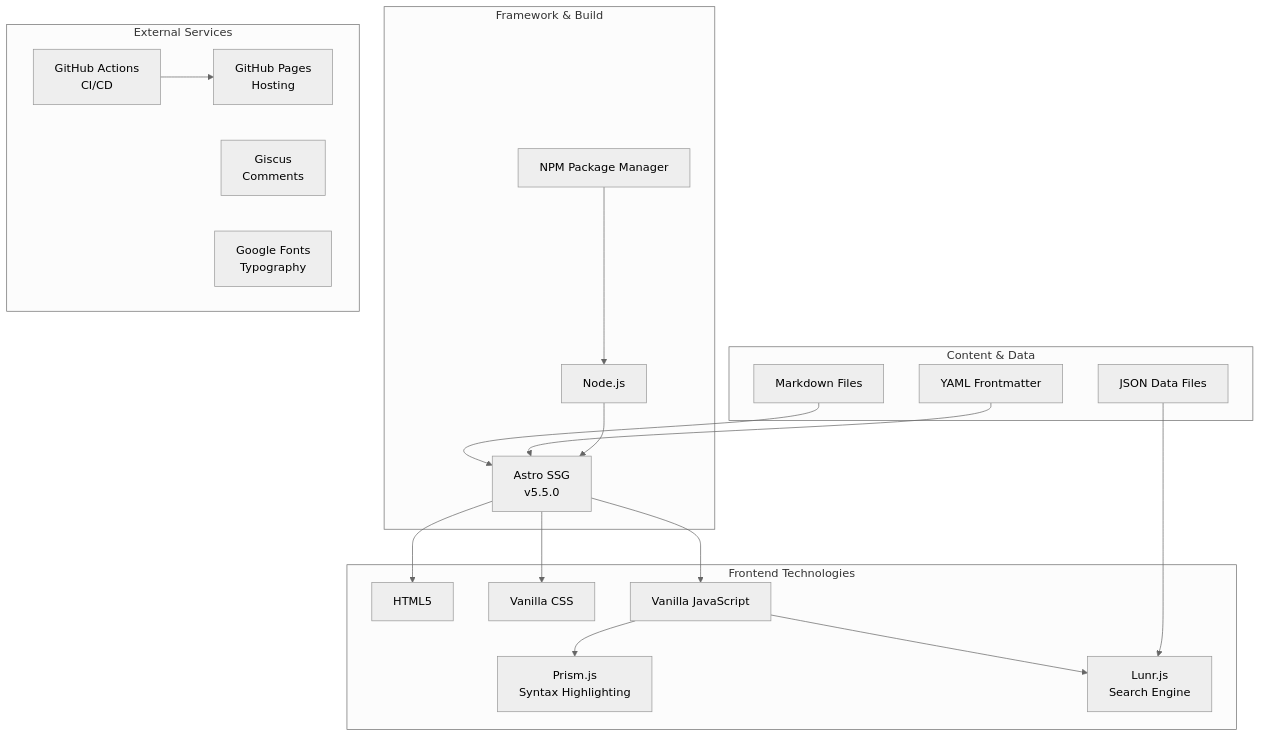
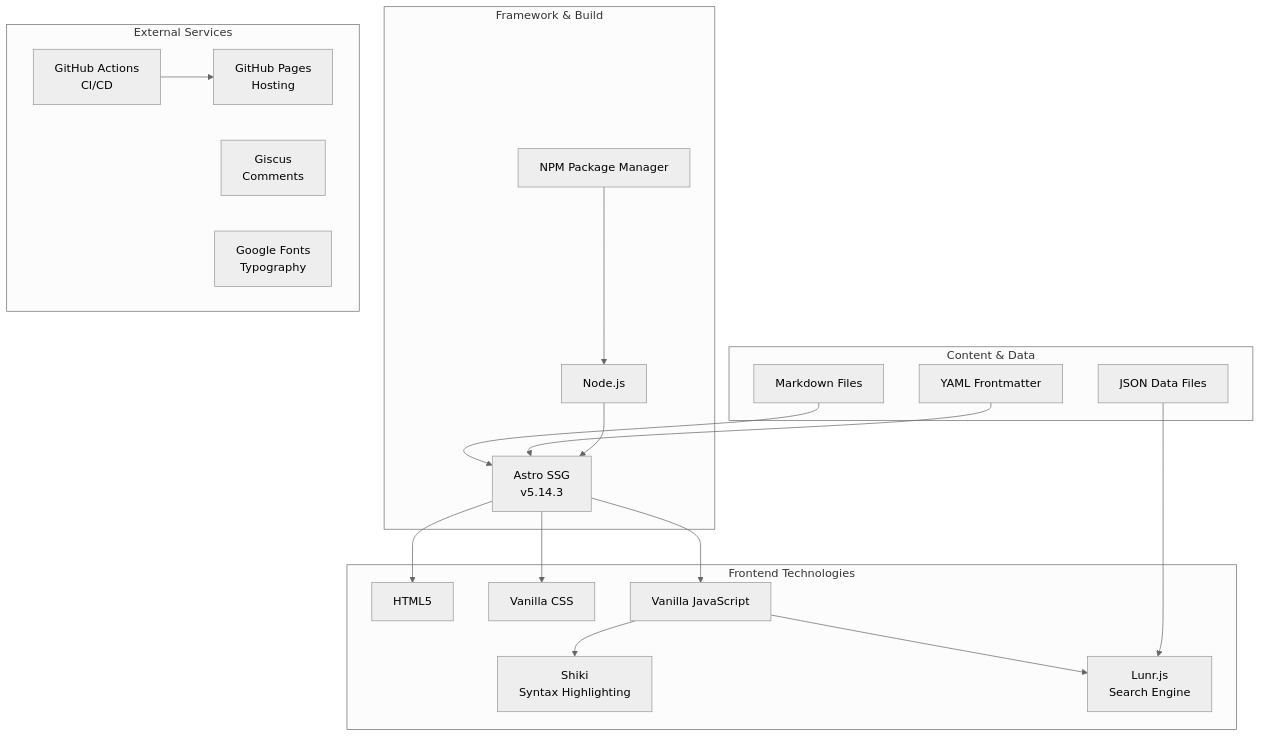
Before and after one commit to ikristina/ikristina.github.io: the second of 9 diagrams in src/pages/blog/blog-architecture-deep-dive.md, drawn with Mermaid (neutral theme). The commit also changed 2 other files, not shown here.

Commit message:
fix: update mermaid diagram styling and correct tech stack info
- Add mermaid diagram styling to match blog's green color scheme
- Fix blog post to show Shiki instead of Prism.js for syntax highlighting
- Update Astro version from 5.5.0 to 5.14.3
- Improve mermaid processing to detect diagrams without language class
- Add .astro/ to .gitignore and remove from tracking

````diff
--- a/src/pages/blog/blog-architecture-deep-dive.md
+++ b/src/pages/blog/blog-architecture-deep-dive.md
@@ -82,44 +82,44 @@
 ```mermaid
 graph TB
     subgraph "Frontend Technologies"
         HTML5[HTML5]
         CSS3[Vanilla CSS]
         VanillaJS[Vanilla JavaScript]
-        Prism[Prism.js<br/>Syntax Highlighting]
+        Shiki[Shiki<br/>Syntax Highlighting]
         Lunr[Lunr.js<br/>Search Engine]
     end
 
     subgraph "Framework & Build"
-        Astro[Astro SSG<br/>v5.5.0]
+        Astro[Astro SSG<br/>v5.14.3]
         Node[Node.js]
         NPM[NPM Package Manager]
     end
     
     subgraph "Content & Data"
         Markdown[Markdown Files]
         YAML[YAML Frontmatter]
         JSON[JSON Data Files]
     end
     
     subgraph "External Services"
         GitHubPages[GitHub Pages<br/>Hosting]
         GitHubActions[GitHub Actions<br/>CI/CD]
         Giscus[Giscus<br/>Comments]
         GoogleFonts[Google Fonts<br/>Typography]
     end
     
     Astro --> HTML5
     Astro --> CSS3
     Astro --> VanillaJS
-    VanillaJS --> Prism
+    VanillaJS --> Shiki
     VanillaJS --> Lunr
     
     Markdown --> Astro
     YAML --> Astro
     JSON --> Lunr
     
     Node --> Astro
     NPM --> Node
     
     GitHubActions --> GitHubPages
 ```
````
